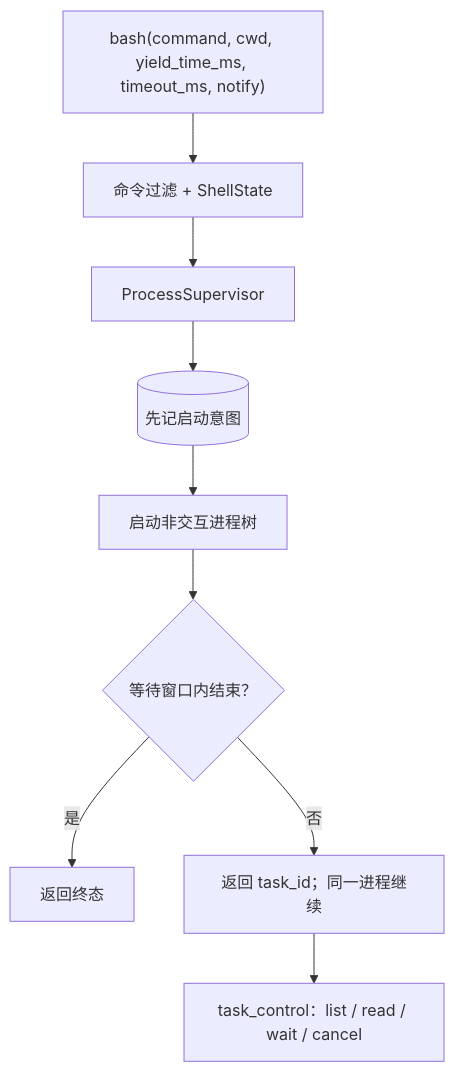
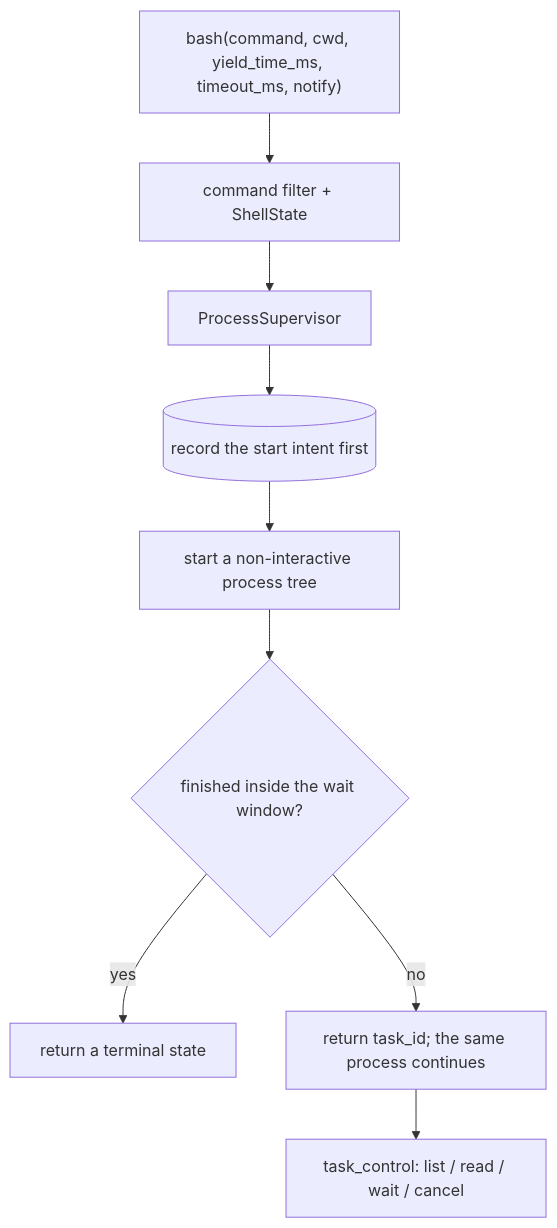
Before and after one commit to Azzurroooo/rind: the diagram in docs/internals/04-tools/shell-tools.md, drawn with Mermaid. The commit also changed other lines of this file and 109 other files, not shown here.

```diff
--- a/docs/internals/04-tools/shell-tools.md
+++ b/docs/internals/04-tools/shell-tools.md
@@ -5,11 +7,11 @@
 ~~~mermaid
 flowchart TD
-    B["bash(command, cwd, yield_time_ms, timeout_ms, notify)"] --> P["命令过滤 + ShellState"]
+    B["bash(command, cwd, yield_time_ms, timeout_ms, notify)"] --> P["command filter + ShellState"]
     P --> S["ProcessSupervisor"]
-    S --> J[("先记启动意图")]
-    J --> OS["启动非交互进程树"]
-    OS --> W{"等待窗口内结束？"}
-    W -->|"是"| RESULT["返回终态"]
-    W -->|"否"| TASK["返回 task_id；同一进程继续"]
-    TASK --> CONTROL["task_control：list / read / wait / cancel"]
+    S --> J[("record the start intent first")]
+    J --> OS["start a non-interactive process tree"]
+    OS --> W{"finished inside the wait window?"}
+    W -->|"yes"| RESULT["return a terminal state"]
+    W -->|"no"| TASK["return task_id; the same process continues"]
+    TASK --> CONTROL["task_control: list / read / wait / cancel"]
 ~~~
```
